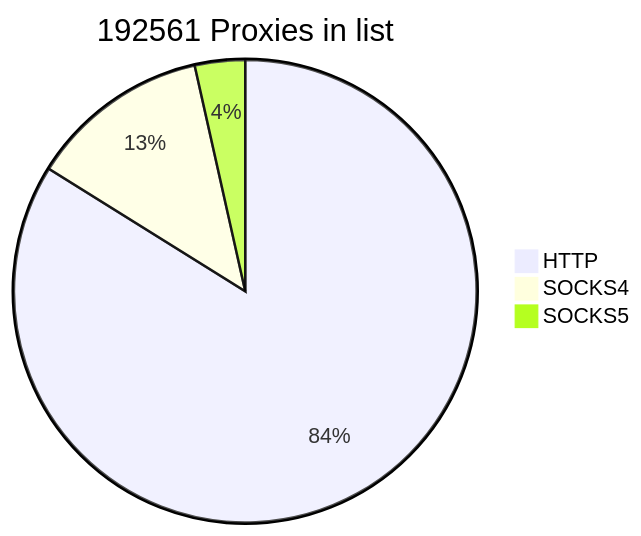
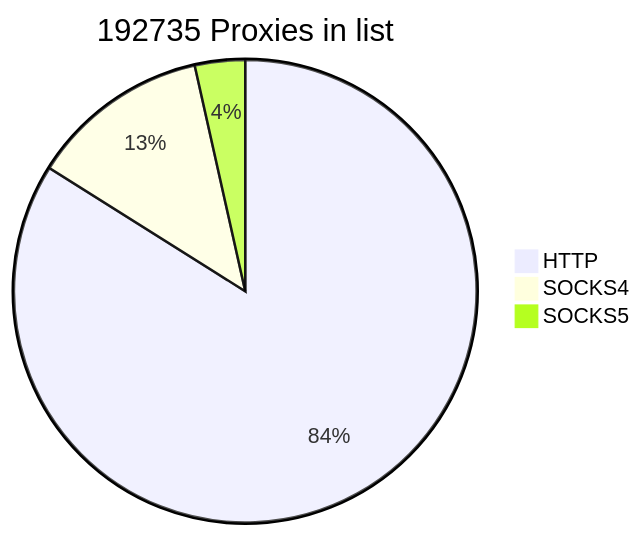
The first of 2 diagrams in README.md (cutipu/proxylist), drawn with Mermaid before and after one commit. The commit also changed other lines of this file, not shown here.

````diff
--- a/README.md
+++ b/README.md
@@ -2,7 +2,7 @@
 ```mermaid
-pie title 192561 Proxies in list
-    "HTTP" : 161504
-    "SOCKS4" : 24299
-    "SOCKS5" : 6758
+pie title 192735 Proxies in list
+    "HTTP" : 161775
+    "SOCKS4" : 24201
+    "SOCKS5" : 6759
             
 ```
````
